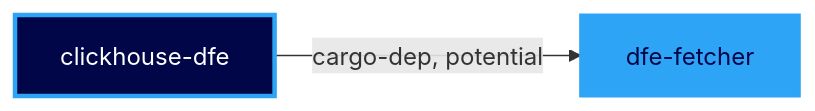
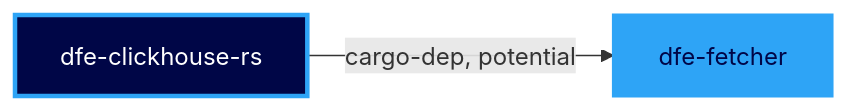
The eighth of 18 diagrams in docs/suite-graph.md (hyperi-io/dfe-infra), drawn with Mermaid before and after one commit. The commit also changed other lines of this file and 6 other files, not shown here.

First line of the commit message:
fix: name the ClickHouse library dfe-clickhouse-rs in the suite (#931)

````diff
--- a/docs/suite-graph.md
+++ b/docs/suite-graph.md
@@ -290,8 +290,8 @@
 ```mermaid
 flowchart LR
-  clickhouse_dfe["clickhouse-dfe"]:::producer
+  dfe_clickhouse_rs["dfe-clickhouse-rs"]:::producer
   dfe_fetcher["dfe-fetcher"]:::suite
-  clickhouse_dfe -->|cargo-dep, potential| dfe_fetcher
+  dfe_clickhouse_rs -->|cargo-dep, potential| dfe_fetcher
   classDef suite fill:#2EA4F6,stroke:#2EA4F6,stroke-width:2px,color:#000647
   classDef producer fill:#000647,stroke:#2EA4F6,stroke-width:3px,color:#FFFFFF
 ```
````
